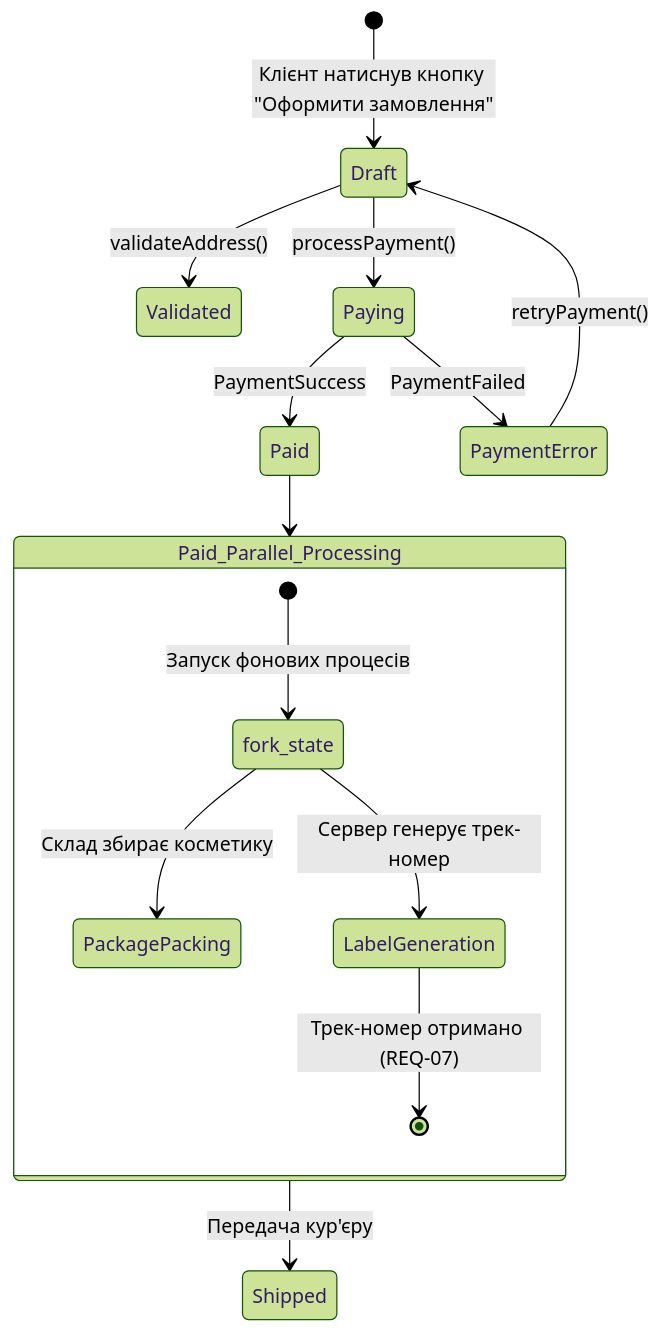
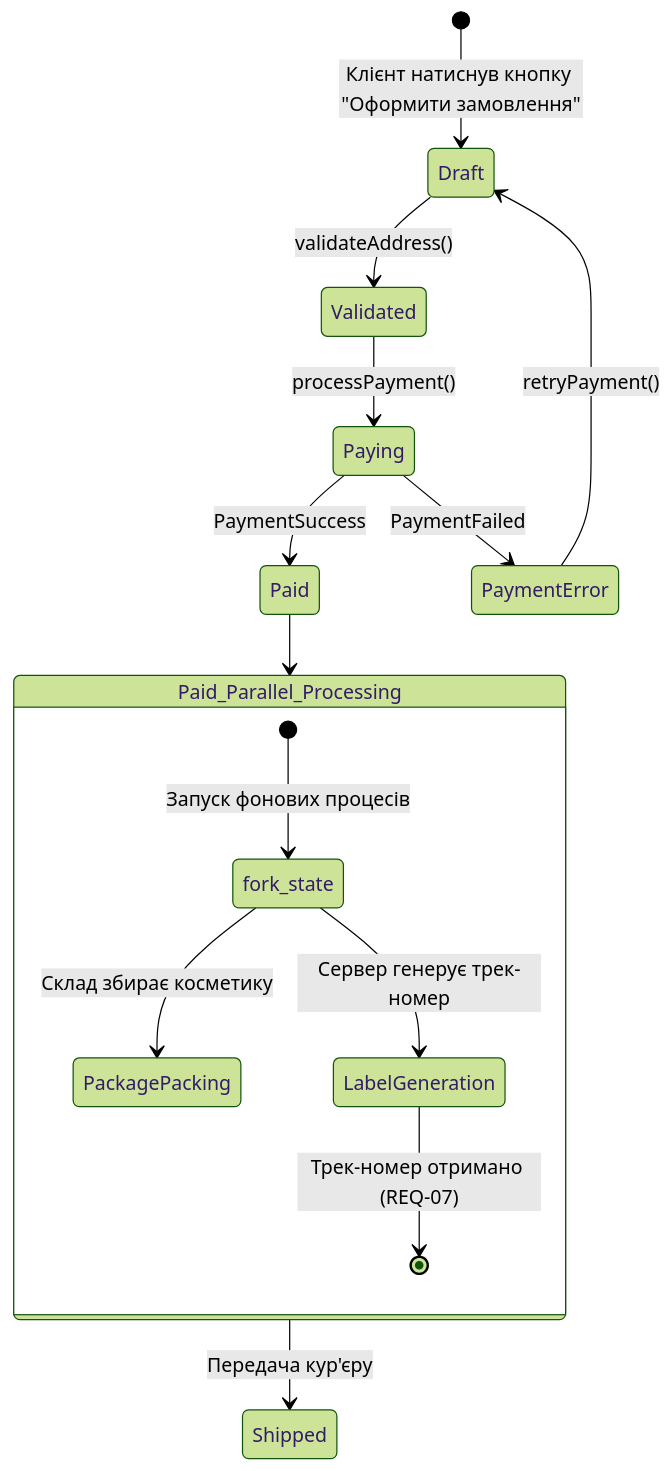
One commit to sofiisunn/KPI changed the diagram in machine.md. Above: the diagram before and after it, drawn with Mermaid (forest theme).

Commit message:
Fix state transition for payment processing

````diff
--- a/machine.md
+++ b/machine.md
@@ -1,23 +1,23 @@
 ```mermaid
 stateDiagram-v2
     [*] --> Draft : Клієнт натиснув кнопку "Оформити замовлення"
 
     Draft --> Validated : validateAddress()
-    Draft --> Paying : processPayment()
+    Validated --> Paying : processPayment()
 
     Paying --> Paid : PaymentSuccess
     Paying --> PaymentError : PaymentFailed
     PaymentError --> Draft : retryPayment()
 
     state Paid_Parallel_Processing {
         [*] --> fork_state : Запуск фонових процесів
         
         fork_state --> PackagePacking : Склад збирає косметику
         fork_state --> LabelGeneration : Сервер генерує трек-номер
         
         LabelGeneration --> [*] : Трек-номер отримано (REQ-07)
     }
 
     Paid --> Paid_Parallel_Processing
     Paid_Parallel_Processing --> Shipped : Передача кур'єру
 ```
````
